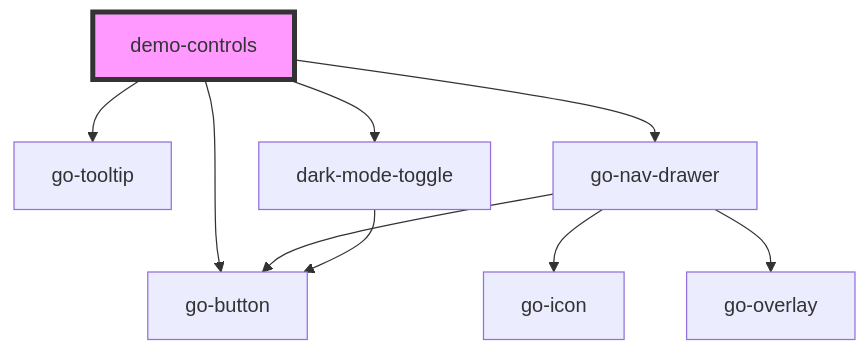
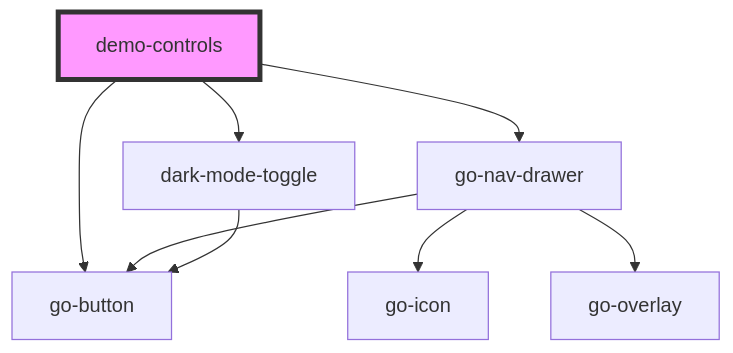
The diagram in src/components/demo-components/demo-controls/readme.md (getgoui/go-utils), drawn with Mermaid before and after one commit. The commit also changed other lines of this file, not shown here.

Commit message:
Pre deploy cleanup

````diff
--- a/src/components/demo-components/demo-controls/readme.md
+++ b/src/components/demo-components/demo-controls/readme.md
@@ -18,12 +17,11 @@
 ```mermaid
 graph TD;
   demo-controls --> go-button
-  demo-controls --> go-tooltip
   demo-controls --> go-nav-drawer
   demo-controls --> dark-mode-toggle
   go-nav-drawer --> go-button
   go-nav-drawer --> go-icon
   go-nav-drawer --> go-overlay
   dark-mode-toggle --> go-button
   style demo-controls fill:#f9f,stroke:#333,stroke-width:4px
 ```
````
